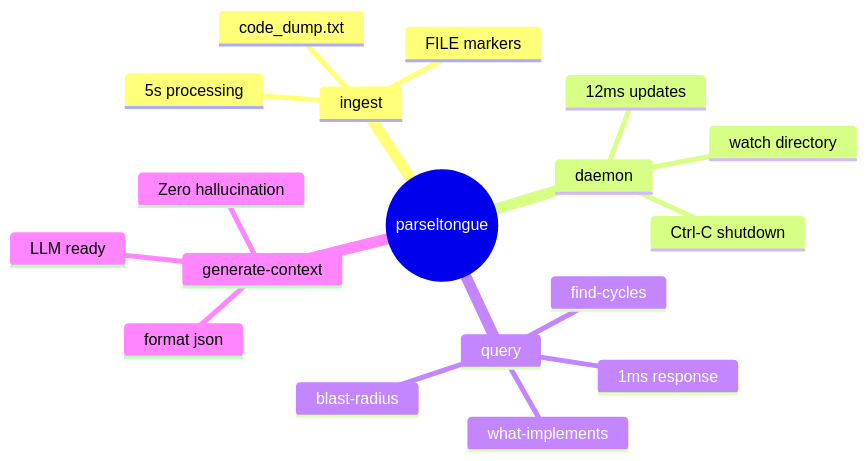
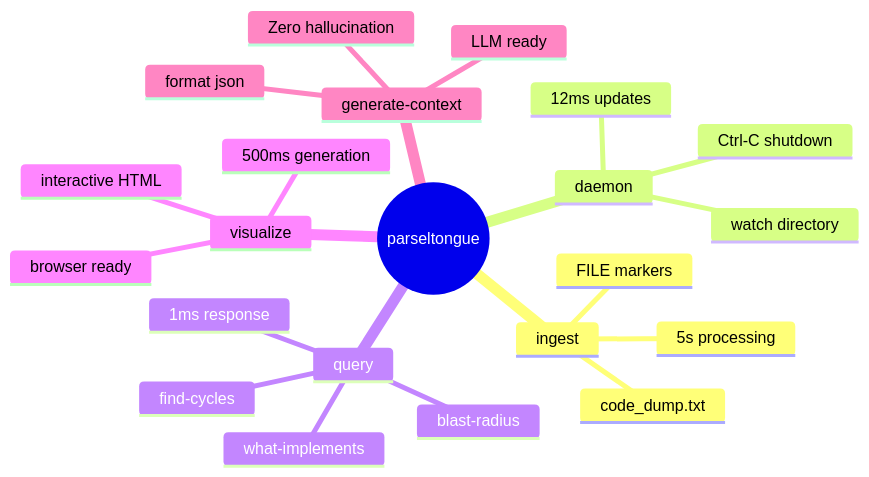
The fifth of 13 diagrams in README.md (that-in-rust/parseltongue), drawn with Mermaid before and after one commit. The commit also changed other lines of this file and 8 other files, not shown here.

````diff
--- a/README.md
+++ b/README.md
@@ -206,21 +213,25 @@
 ```mermaid
 mindmap
   root((parseltongue))
     ingest
       code_dump.txt
       FILE markers
       5s processing
     daemon
       watch directory
       12ms updates
       Ctrl-C shutdown
     query
       what-implements
       blast-radius  
       find-cycles
       1ms response
+    visualize
+      interactive HTML
+      browser ready
+      500ms generation
     generate-context
       format json
       LLM ready
       Zero hallucination
 ```
````
